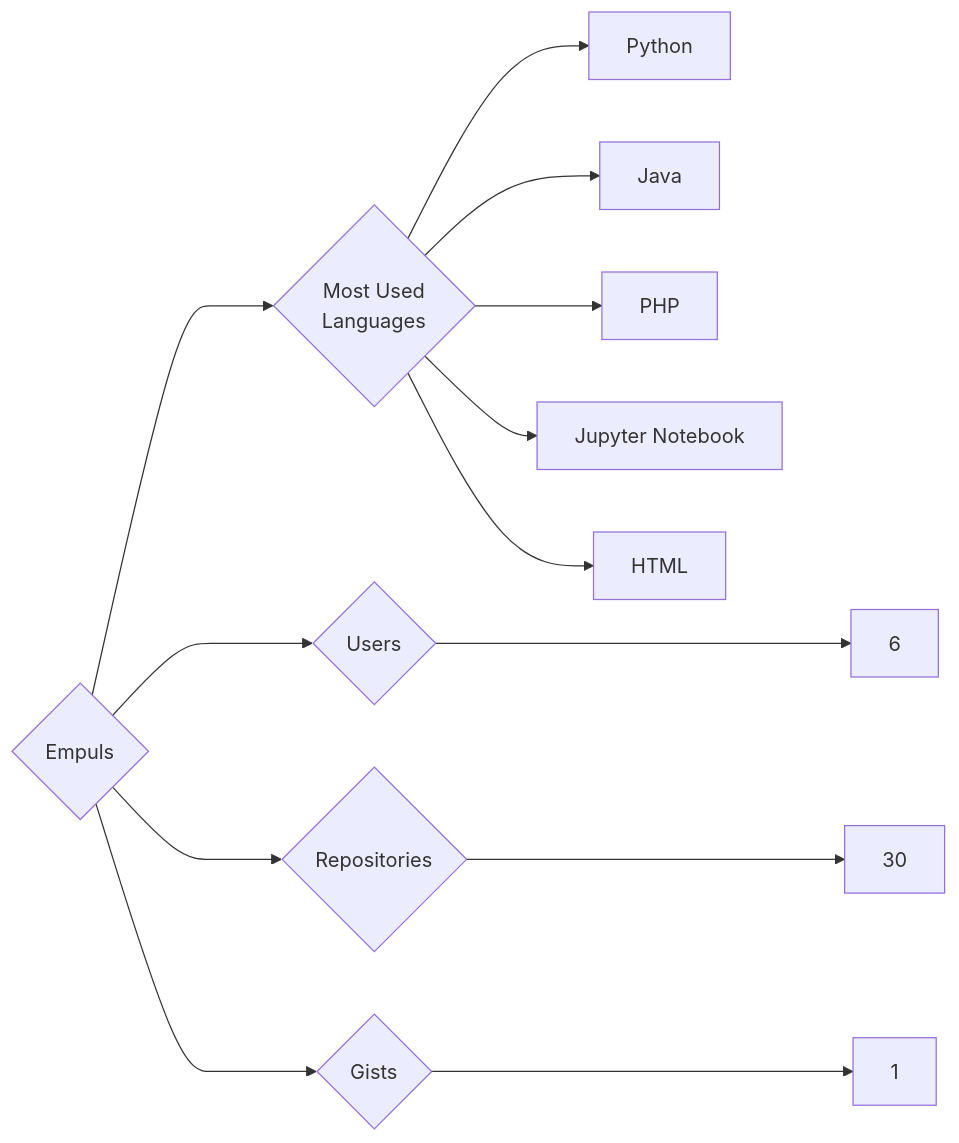
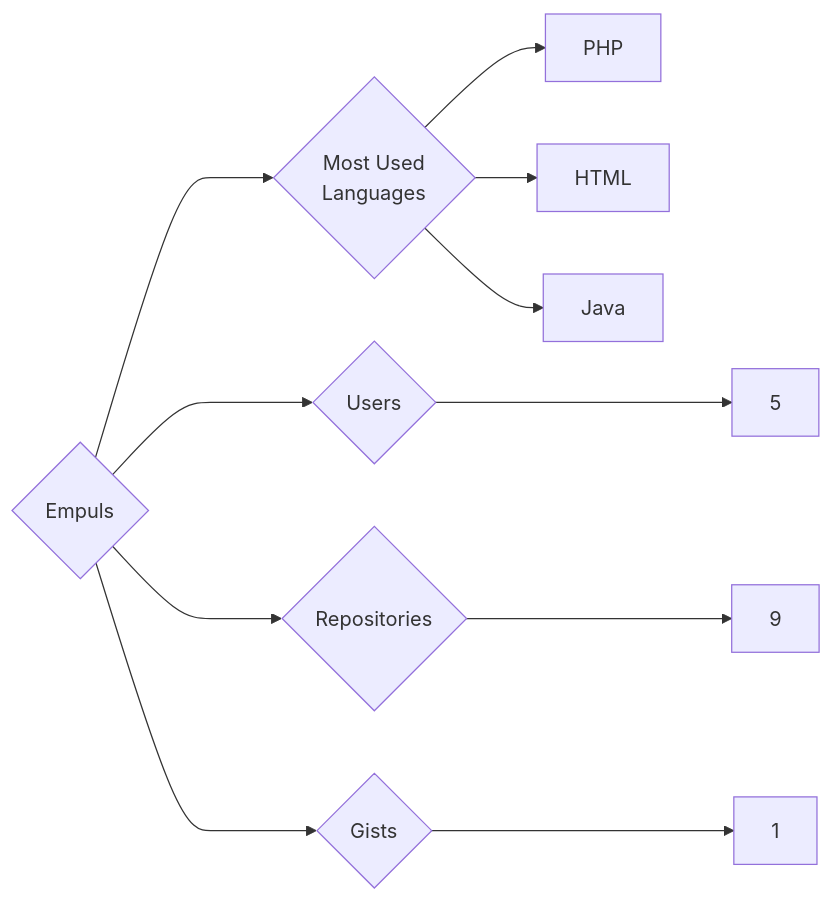
Before and after one commit to trickest/insiders: the diagram in targets/Empuls/README.md, drawn with Mermaid. The commit also changed 859 other files, not shown here.

````diff
--- a/targets/Empuls/README.md
+++ b/targets/Empuls/README.md
@@ -3,13 +3,11 @@
 ```mermaid
 graph LR
 COMPANY_NAME{Empuls}
-COMPANY_NAME ---> U{Users} ---> UN[6]
-COMPANY_NAME ---> R{Repositories} ---> RN[30]
+COMPANY_NAME ---> U{Users} ---> UN[5]
+COMPANY_NAME ---> R{Repositories} ---> RN[9]
 COMPANY_NAME ---> G{Gists} ---> GN[1]
 COMPANY_NAME ---> ML{Most Used<br>Languages}
-ML --> Python[Python]
+ML --> PHP[PHP]
+ML --> HTML[HTML]
 ML --> Java[Java]
-ML --> PHP[PHP]
-ML --> Jupyter_Notebook[Jupyter Notebook]
-ML --> HTML[HTML]
 ```
````
